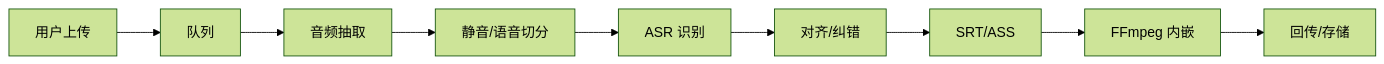
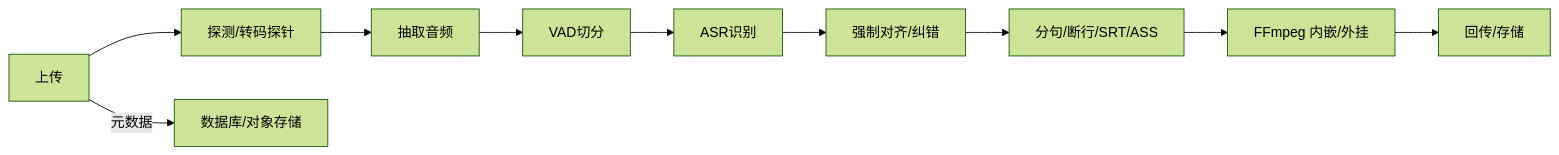
Before and after one commit to GeekyWizKid/blog: the diagram in content/tech/video-processing-pipeline/index.md, drawn with Mermaid (forest theme). The commit also changed other lines of this file and 11 other files, not shown here.

````diff
--- a/content/tech/video-processing-pipeline/index.md
+++ b/content/tech/video-processing-pipeline/index.md
@@ -17,11 +17,12 @@
 ```mermaid
 flowchart LR
-  U[用户上传] --> Q[队列]
-  Q --> A[音频抽取]
-  A --> VAD[静音/语音切分]
-  VAD --> ASR[ASR 识别]
-  ASR --> ALIGN[对齐/纠错]
-  ALIGN --> SRT[SRT/ASS]
-  SRT --> BURN[FFmpeg 内嵌]
+  U[上传] --> PRE[探测/转码探针]
+  PRE --> A[抽取音频]
+  A --> VAD[VAD切分]
+  VAD --> ASR[ASR识别]
+  ASR --> ALIGN[强制对齐/纠错]
+  ALIGN --> SUB[分句/断行/SRT/ASS]
+  SUB --> BURN[FFmpeg 内嵌/外挂]
   BURN --> OUT[回传/存储]
+  U -->|元数据| META[数据库/对象存储]
 ```
````
